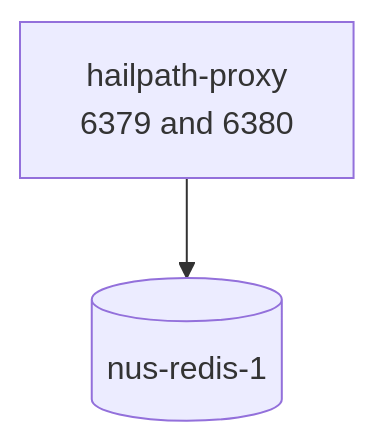
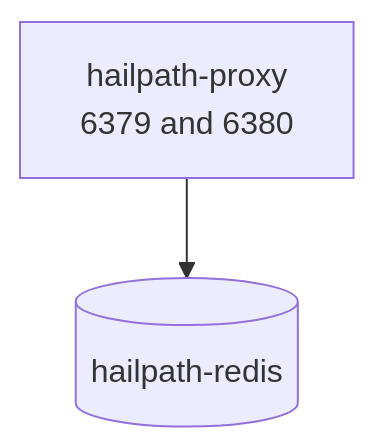
One commit to bahman-farhadian/Meanul-Data-Studio changed the seventh of 9 diagrams in README.md. Above: the diagram before and after it, drawn with Mermaid. The commit also changed other lines of this file and 114 other files, not shown here.

````diff
--- a/README.md
+++ b/README.md
@@ -363,7 +360,7 @@
 ```mermaid
 graph TB
     HAP["hailpath-proxy<br/>6379 and 6380"]
-    R[("nus-redis-1")]
+    R[("hailpath-redis")]
 
     HAP --> R
 ```
````
